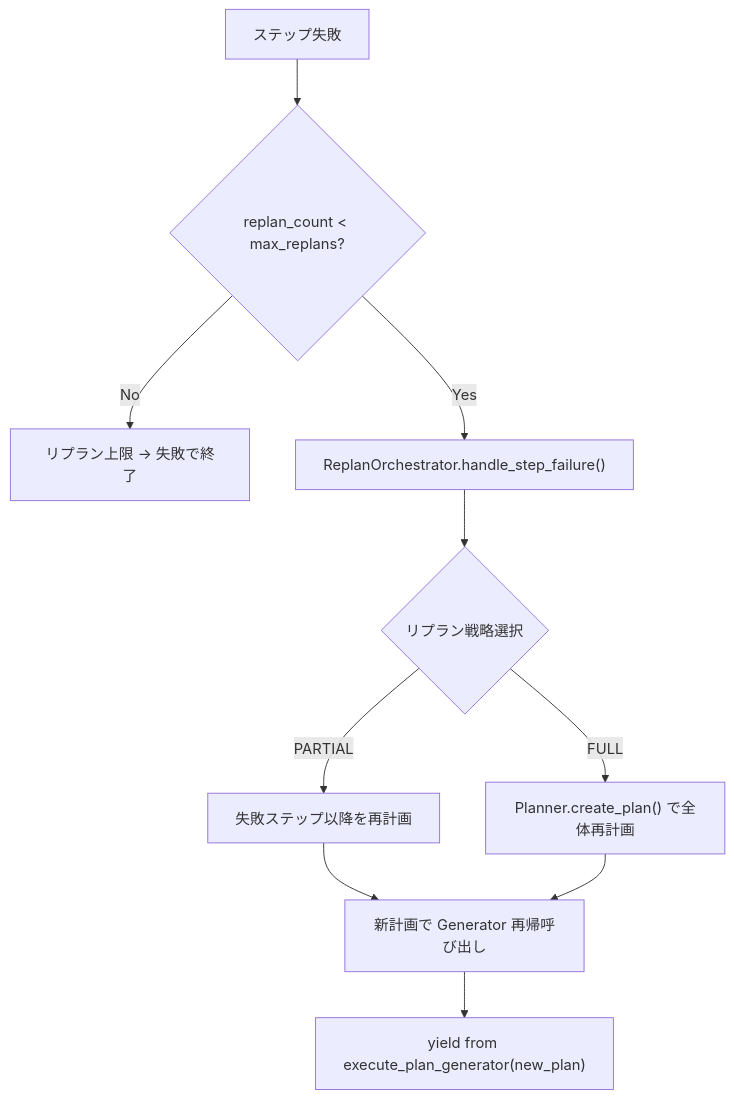
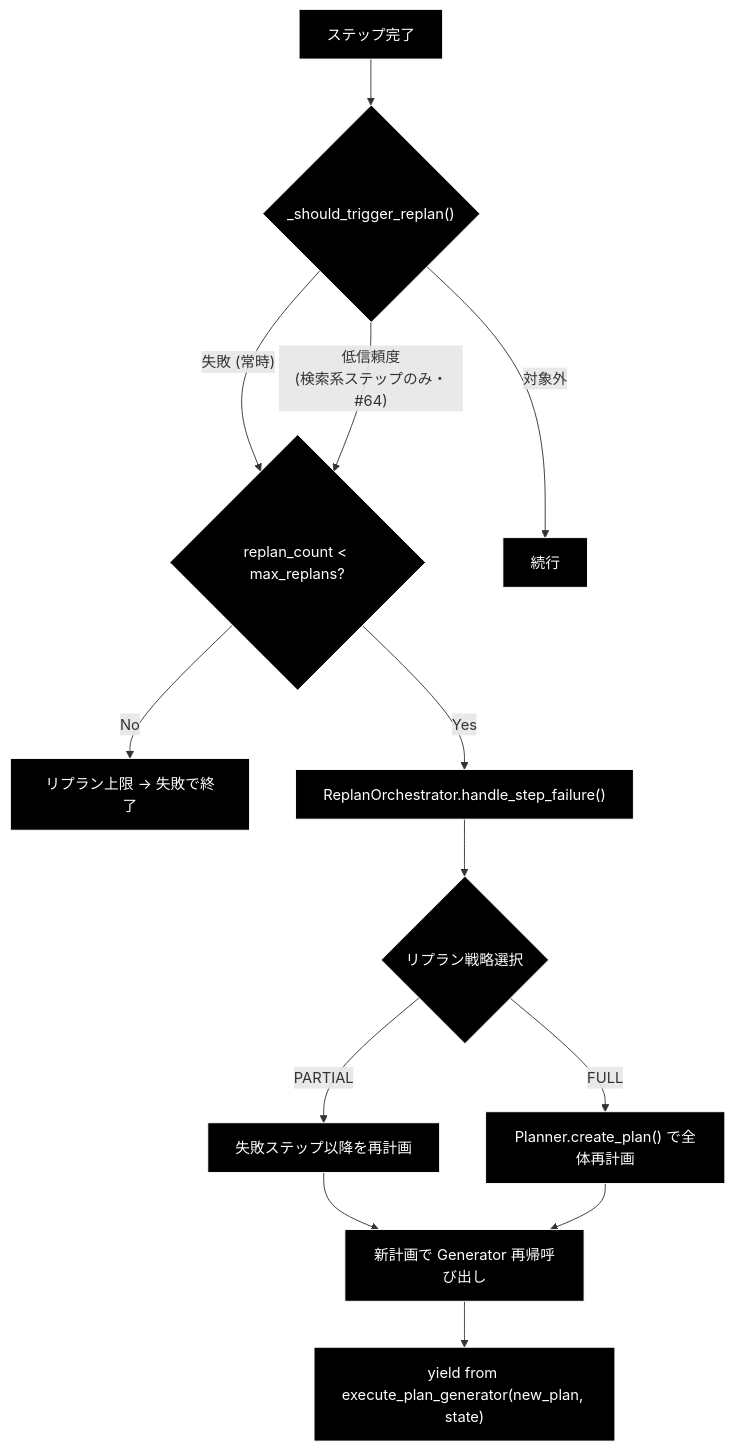
Diagram 11 of 13 in README.md (nakashima2toshio/openai_grace_agent), drawn with Mermaid before and after one commit. The commit also changed other lines of this file, not shown here.

````diff
--- a/README.md
+++ b/README.md
@@ -1212,12 +1638,18 @@
 ```mermaid
 flowchart TB
-    A["ステップ失敗"] --> B{"replan_count < max_replans?"}
+    A["ステップ完了"] --> T{"_should_trigger_replan()"}
+    T -->|"失敗 (常時)"| B{"replan_count < max_replans?"}
+    T -->|"低信頼度<br/>(検索系ステップのみ・#64)"| B
+    T -->|対象外| Z["続行"]
     B -->|No| C["リプラン上限 → 失敗で終了"]
     B -->|Yes| D["ReplanOrchestrator.handle_step_failure()"]
     D --> E{"リプラン戦略選択"}
     E -->|PARTIAL| F["失敗ステップ以降を再計画"]
     E -->|FULL| G["Planner.create_plan() で全体再計画"]
     F --> H["新計画で Generator 再帰呼び出し"]
     G --> H
-    H --> I["yield from execute_plan_generator(new_plan)"]
+    H --> I["yield from execute_plan_generator(new_plan, state)"]
+classDef default fill:#000,stroke:#fff,color:#fff
+classDef subgraphStyle fill:#1a1a1a,stroke:#fff,color:#fff
+class A,T,B,C,D,E,F,G,H,I,Z default
 ```
````
